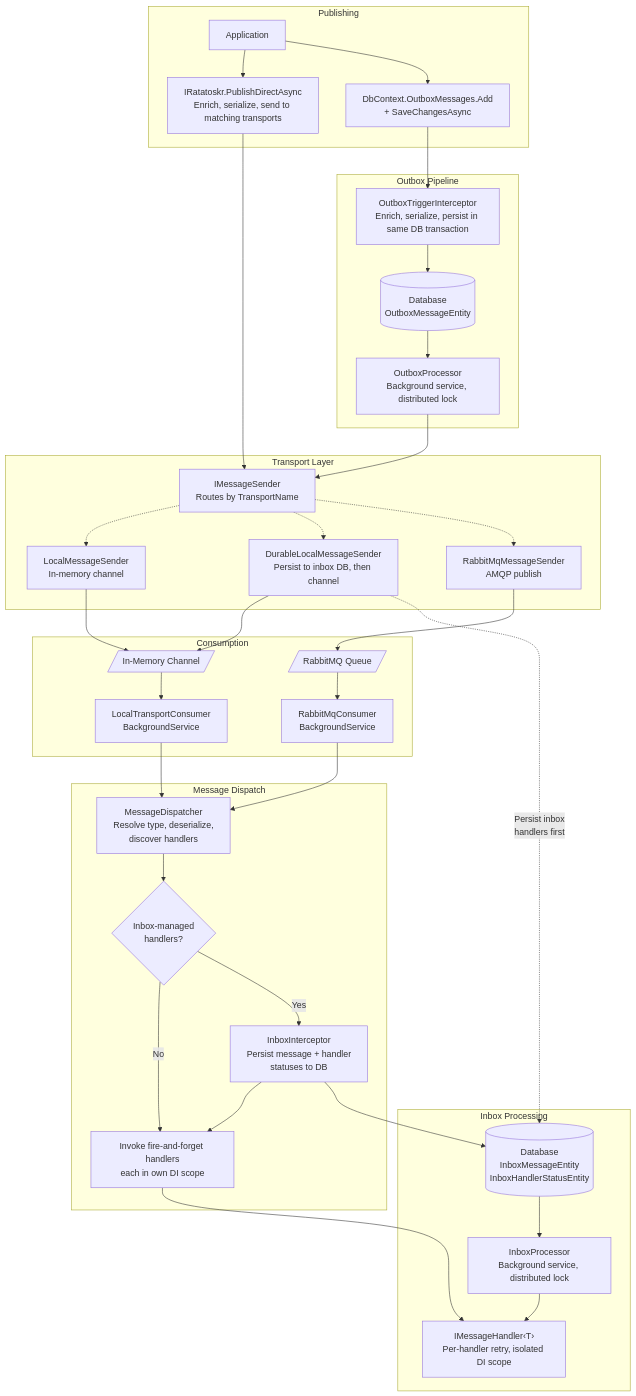
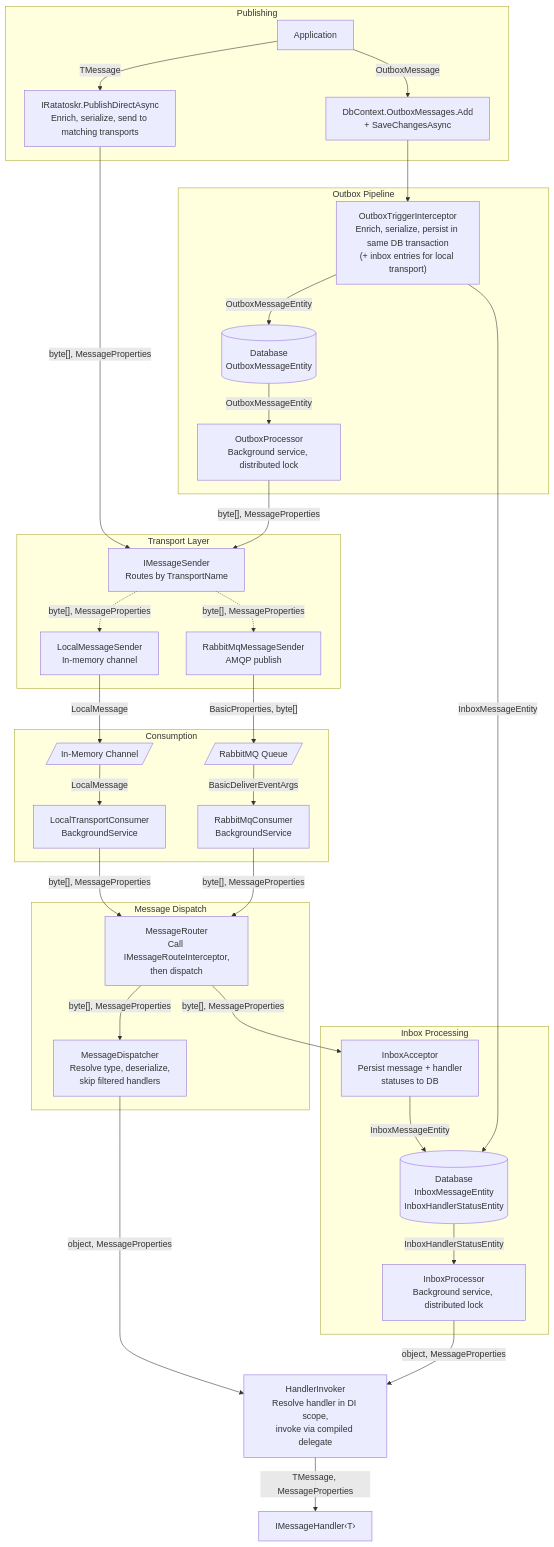
Before and after one commit to saithis/Ratatoskr: the second of 9 diagrams in docs/architecture.md, drawn with Mermaid. The commit also changed other lines of this file and 33 other files, not shown here.

````diff
--- a/docs/architecture.md
+++ b/docs/architecture.md
@@ -53,74 +63,70 @@
 ```mermaid
 flowchart TD
     subgraph Publish ["Publishing"]
         App["Application"]
-        Direct["IRatatoskr.PublishDirectAsync\nEnrich, serialize, send to matching transports"]
-        Outbox["DbContext.OutboxMessages.Add\n+ SaveChangesAsync"]
+        Direct["IRatatoskr.PublishDirectAsync<br/>Enrich, serialize, send to matching transports"]
+        Outbox["DbContext.OutboxMessages.Add<br/>+ SaveChangesAsync"]
 
-        App --> Direct
-        App --> Outbox
+        App -->|"TMessage"| Direct
+        App -->|"OutboxMessage"| Outbox
     end
 
     subgraph OutboxPipeline ["Outbox Pipeline"]
-        Interceptor["OutboxTriggerInterceptor\nEnrich, serialize, persist in same DB transaction"]
-        OutboxDB[("Database\nOutboxMessageEntity")]
-        OutboxProc["OutboxProcessor\nBackground service, distributed lock"]
+        Interceptor["OutboxTriggerInterceptor<br/>Enrich, serialize, persist in same DB transaction<br/>(+ inbox entries for local transport)"]
+        OutboxDB[("Database<br/>OutboxMessageEntity")]
+        OutboxProc["OutboxProcessor<br/>Background service, distributed lock"]
 
         Outbox --> Interceptor
-        Interceptor --> OutboxDB
-        OutboxDB --> OutboxProc
+        Interceptor -->|"OutboxMessageEntity"| OutboxDB
+        OutboxDB -->|"OutboxMessageEntity"| OutboxProc
     end
 
     subgraph Transport ["Transport Layer"]
-        SenderInterface["IMessageSender\nRoutes by TransportName"]
-        Local["LocalMessageSender\nIn-memory channel"]
-        Durable["DurableLocalMessageSender\nPersist to inbox DB, then channel"]
-        RmqSend["RabbitMqMessageSender\nAMQP publish"]
+        SenderInterface["IMessageSender<br/>Routes by TransportName"]
+        Local["LocalMessageSender<br/>In-memory channel"]
+        RmqSend["RabbitMqMessageSender<br/>AMQP publish"]
 
-        Direct --> SenderInterface
-        OutboxProc --> SenderInterface
-        SenderInterface -.-> Local
-        SenderInterface -.-> Durable
-        SenderInterface -.-> RmqSend
+        Direct -->|"byte[], MessageProperties"| SenderInterface
+        OutboxProc -->|"byte[], MessageProperties"| SenderInterface
+        SenderInterface -.->|"byte[], MessageProperties"| Local
+        SenderInterface -.->|"byte[], MessageProperties"| RmqSend
     end
 
     subgraph Consume ["Consumption"]
         InMemCh[/"In-Memory Channel"/]
         RmqQueue[/"RabbitMQ Queue"/]
-        LocalConsumer["LocalTransportConsumer\nBackgroundService"]
-        RmqConsumer["RabbitMqConsumer\nBackgroundService"]
+        LocalConsumer["LocalTransportConsumer<br/>BackgroundService"]
+        RmqConsumer["RabbitMqConsumer<br/>BackgroundService"]
 
-        Local --> InMemCh
-        Durable --> InMemCh
-        RmqSend --> RmqQueue
-        InMemCh --> LocalConsumer
-        RmqQueue --> RmqConsumer
+        Local -->|"LocalMessage"| InMemCh
+        RmqSend -->|"BasicProperties, byte[]"| RmqQueue
+        InMemCh -->|"LocalMessage"| LocalConsumer
+        RmqQueue -->|"BasicDeliverEventArgs"| RmqConsumer
     end
 
     subgraph Dispatch ["Message Dispatch"]
-        Dispatcher["MessageDispatcher\nResolve type, deserialize,\ndiscover handlers"]
-        InboxCheck{"Inbox-managed\nhandlers?"}
-        FireForget["Invoke fire-and-forget handlers\neach in own DI scope"]
-        InboxIntercept["InboxInterceptor\nPersist message + handler\nstatuses to DB"]
+        Router["MessageRouter<br/>Call IMessageRouteInterceptor,<br/>then dispatch"]
+        Dispatcher["MessageDispatcher<br/>Resolve type, deserialize,<br/>skip filtered handlers"]
 
-        LocalConsumer --> Dispatcher
-        RmqConsumer --> Dispatcher
-        Dispatcher --> InboxCheck
-        InboxCheck -->|No| FireForget
-        InboxCheck -->|Yes| InboxIntercept
-        InboxIntercept --> FireForget
+        LocalConsumer -->|"byte[], MessageProperties"| Router
+        RmqConsumer -->|"byte[], MessageProperties"| Router
+        Router -->|"byte[], MessageProperties"| Dispatcher
     end
 
     subgraph Inbox ["Inbox Processing"]
-        InboxDB[("Database\nInboxMessageEntity\nInboxHandlerStatusEntity")]
-        InboxProc["InboxProcessor\nBackground service, distributed lock"]
-        Handler["IMessageHandler‹T›\nPer-handler retry, isolated DI scope"]
+        InboxAccept["InboxAcceptor<br/>Persist message + handler<br/>statuses to DB"]
+        InboxDB[("Database<br/>InboxMessageEntity<br/>InboxHandlerStatusEntity")]
+        InboxProc["InboxProcessor<br/>Background service, distributed lock"]
 
-        Durable -.->|"Persist inbox\nhandlers first"| InboxDB
-        InboxIntercept --> InboxDB
-        InboxDB --> InboxProc
-        InboxProc --> Handler
+        Interceptor -->|"InboxMessageEntity"| InboxDB
+        Router -->|"byte[], MessageProperties"| InboxAccept
+        InboxAccept -->|"InboxMessageEntity"| InboxDB
+        InboxDB -->|"InboxHandlerStatusEntity"| InboxProc
     end
 
-    FireForget --> Handler
+    Invoker["HandlerInvoker<br/>Resolve handler in DI scope,<br/>invoke via compiled delegate"]
+    Handler["IMessageHandler‹T›"]
+    Dispatcher -->|"object, MessageProperties"| Invoker
+    InboxProc -->|"object, MessageProperties"| Invoker
+    Invoker -->|"TMessage, MessageProperties"| Handler
 ```
````
